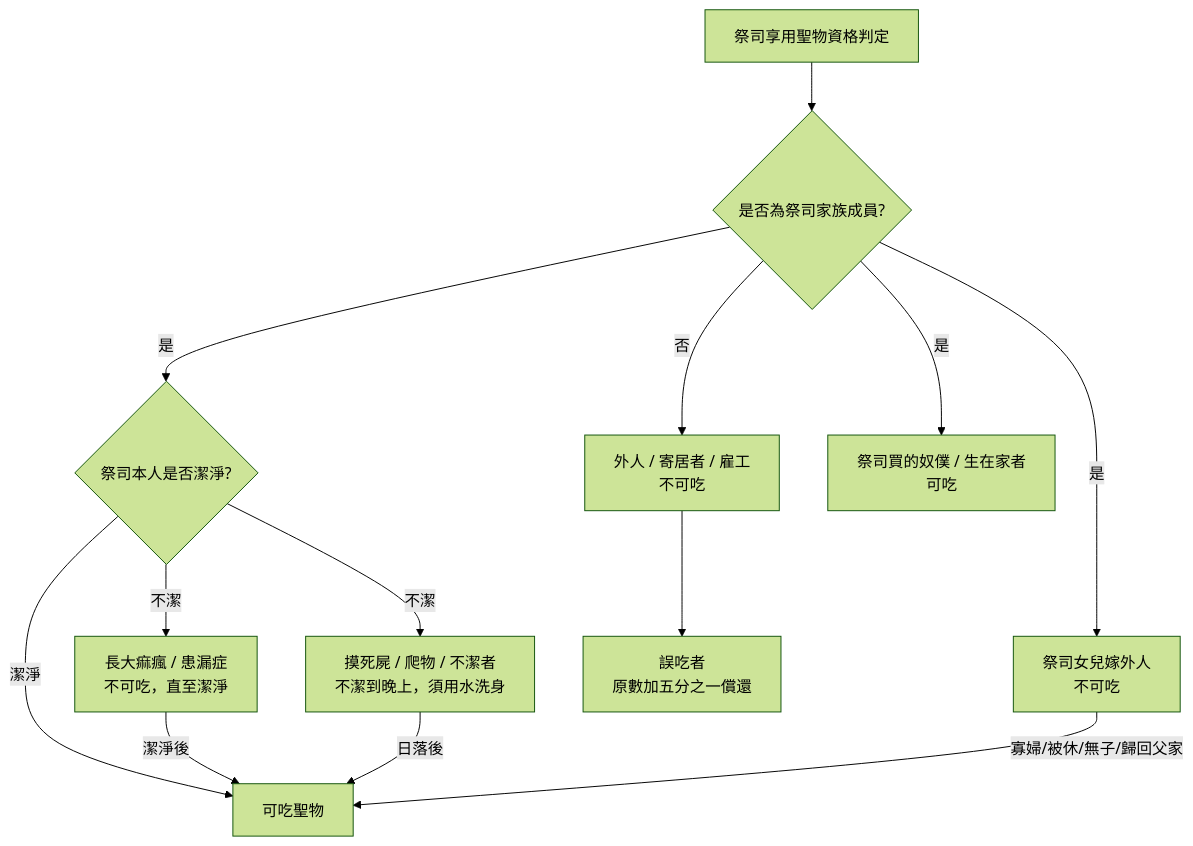
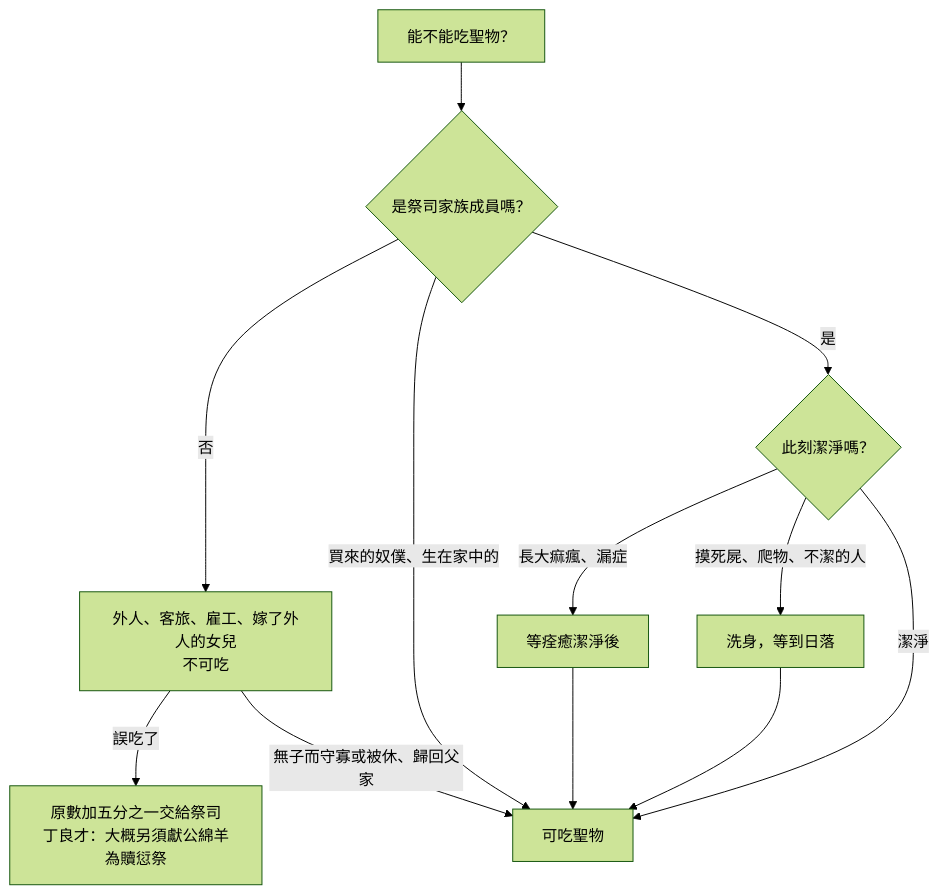
One commit to andyjr5566/Bible_wiki_zh changed the diagram in 03 利未記/第22章.md. Above: the diagram before and after it, drawn with Mermaid (forest theme). The commit also changed other lines of this file and 29 other files, not shown here.

````diff
--- a/03 利未記/第22章.md
+++ b/03 利未記/第22章.md
@@ -102,15 +134,14 @@
 ```mermaid
 flowchart TD
-    A["祭司享用聖物資格判定"] --> B{"是否為祭司家族成員?"}
-    B -- 否 --> C["外人 / 寄居者 / 雇工<br>不可吃"]
-    B -- 是 --> D{"祭司本人是否潔淨?"}
-    D -- 不潔 --> E["長大痲瘋 / 患漏症<br>不可吃，直至潔淨"]
-    D -- 不潔 --> F["摸死屍 / 爬物 / 不潔者<br>不潔到晚上，須用水洗身"]
+    A["能不能吃聖物？"] --> B{"是祭司家族成員嗎？"}
+    B -- 否 --> C["外人、客旅、雇工、嫁了外人的女兒<br>不可吃"]
+    B -- "買來的奴僕、生在家中的" --> G
+    B -- 是 --> D{"此刻潔淨嗎？"}
+    D -- "長大痲瘋、漏症" --> E["等痊癒潔淨後"]
+    D -- "摸死屍、爬物、不潔的人" --> F["洗身，等到日落"]
     D -- 潔淨 --> G["可吃聖物"]
-    E -- 潔淨後 --> G
-    F -- 日落後 --> G
-    B -- 是 --> H["祭司買的奴僕 / 生在家者<br>可吃"]
-    B -- 是 --> I["祭司女兒嫁外人<br>不可吃"]
-    I -- "寡婦/被休/無子/歸回父家" --> G
-    C --> J["誤吃者<br>原數加五分之一償還"]
+    E --> G
+    F --> G
+    C -- 誤吃了 --> J["原數加五分之一交給祭司<br>丁良才：大概另須獻公綿羊為贖愆祭"]
+    C -- "無子而守寡或被休、歸回父家" --> G
 ```
````
